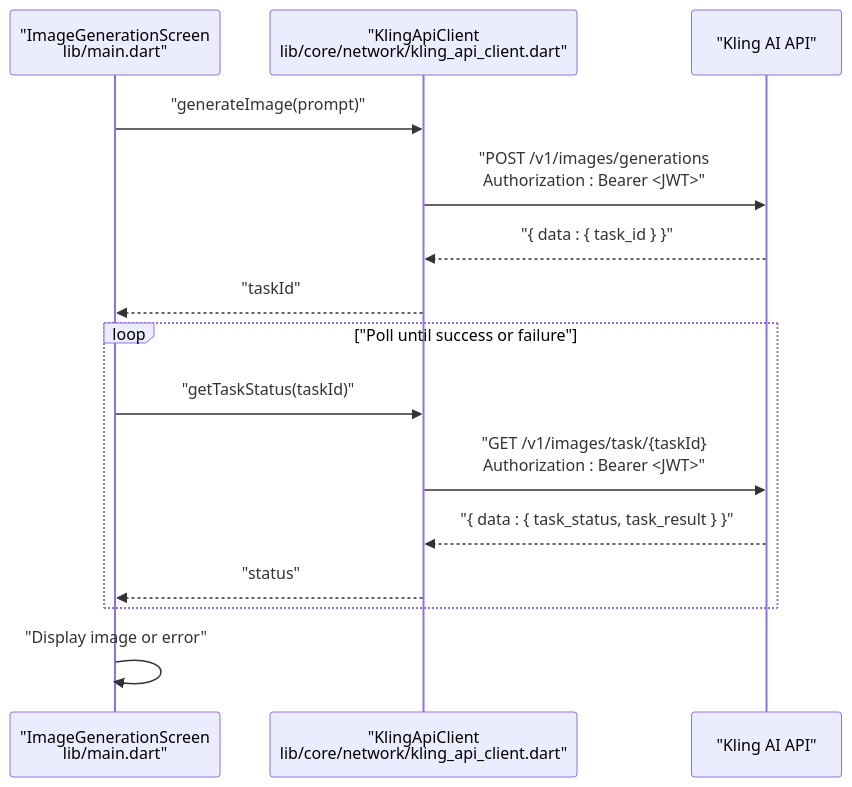
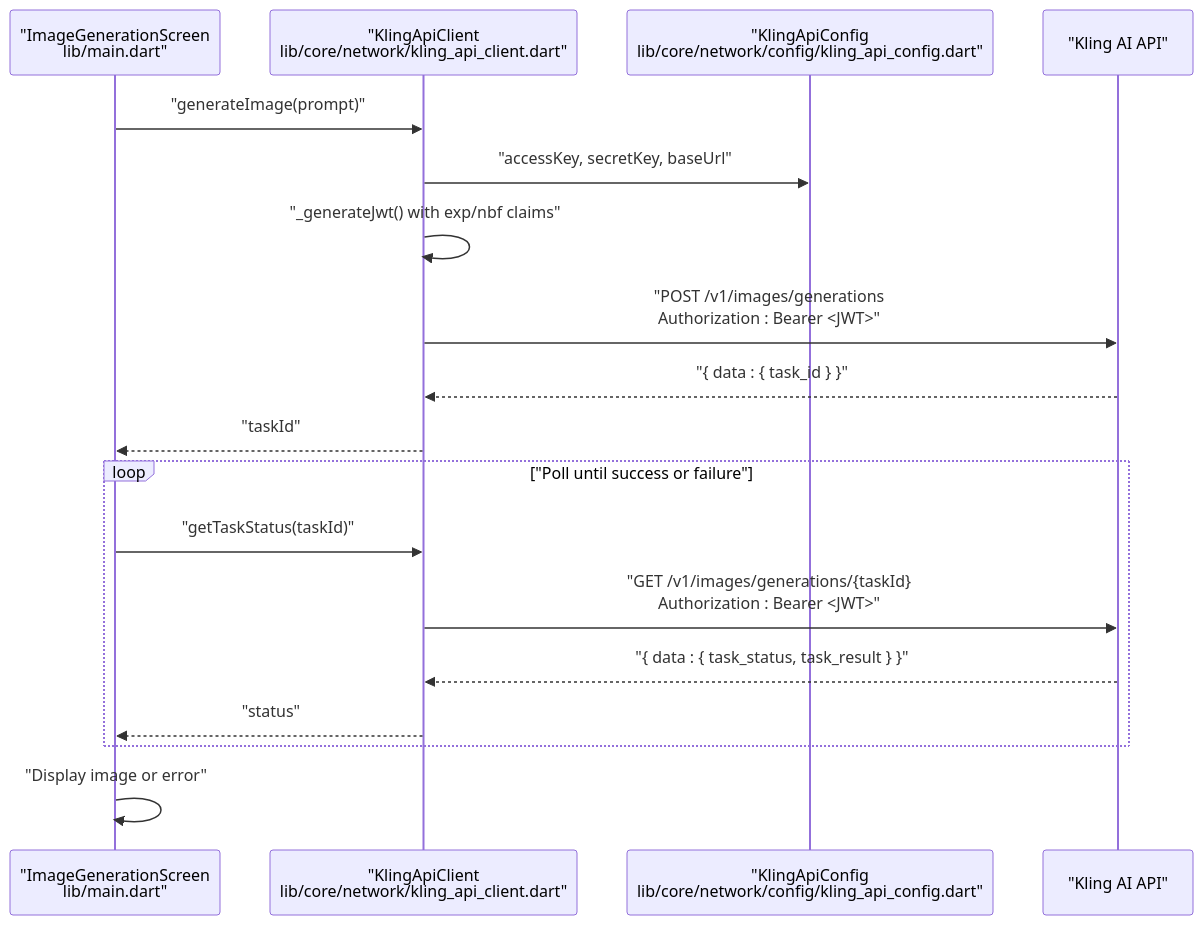
Before and after one commit to cripnail/kling_app: the second of 7 diagrams in .qoder/repowiki/en/content/API Integration.md, drawn with Mermaid. The commit also changed other lines of this file and 15 other files, not shown here.

````diff
--- a/.qoder/repowiki/en/content/API Integration.md
+++ b/.qoder/repowiki/en/content/API Integration.md
@@ -83,17 +101,20 @@
 ```mermaid
 sequenceDiagram
 participant UI as "ImageGenerationScreen<br/>lib/main.dart"
 participant Client as "KlingApiClient<br/>lib/core/network/kling_api_client.dart"
+participant Config as "KlingApiConfig<br/>lib/core/network/config/kling_api_config.dart"
 participant API as "Kling AI API"
 UI->>Client : "generateImage(prompt)"
+Client->>Config : "accessKey, secretKey, baseUrl"
+Client->>Client : "_generateJwt() with exp/nbf claims"
 Client->>API : "POST /v1/images/generations<br/>Authorization : Bearer <JWT>"
 API-->>Client : "{ data : { task_id } }"
 Client-->>UI : "taskId"
 loop "Poll until success or failure"
 UI->>Client : "getTaskStatus(taskId)"
-Client->>API : "GET /v1/images/task/{taskId}<br/>Authorization : Bearer <JWT>"
+Client->>API : "GET /v1/images/generations/{taskId}<br/>Authorization : Bearer <JWT>"
 API-->>Client : "{ data : { task_status, task_result } }"
 Client-->>UI : "status"
 end
 UI->>UI : "Display image or error"
 ```
````
